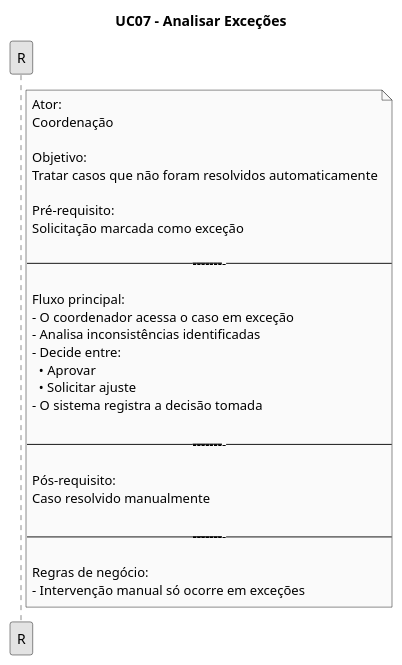
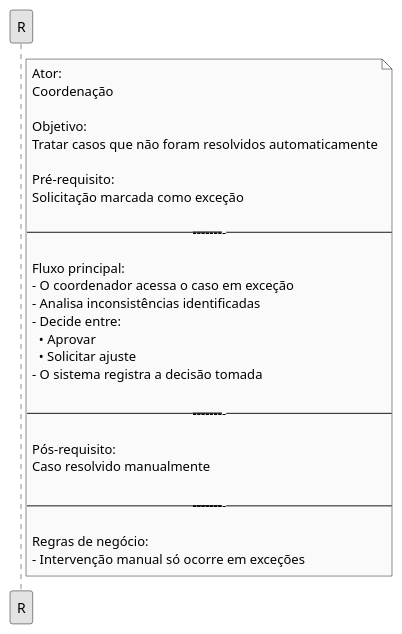
Before and after one commit to Projetos-de-Extensao/PBE_26.1_8001_VII: the seventh of 10 diagrams in docs/Iniciacao/prototipo_baixa_fidelidade.md, drawn with PlantUML. The commit also changed other lines of this file, not shown here.

````diff
--- a/docs/Iniciacao/prototipo_baixa_fidelidade.md
+++ b/docs/Iniciacao/prototipo_baixa_fidelidade.md
@@ -285,41 +283,41 @@
 ```puml
 @startuml
-title UC07 – Analisar Exceções
+
 
 skinparam monochrome true
 skinparam shadowing false
 
 
 note right of R
 Ator:
 Coordenação
 
 Objetivo:
 Tratar casos que não foram resolvidos automaticamente
 
 Pré-requisito:
 Solicitação marcada como exceção
 
 ----------------------------------------
 
 Fluxo principal:
 - O coordenador acessa o caso em exceção
 - Analisa inconsistências identificadas
 - Decide entre:
   • Aprovar
   • Solicitar ajuste
 - O sistema registra a decisão tomada
 
 ----------------------------------------
 
 Pós-requisito:
 Caso resolvido manualmente
 
 ----------------------------------------
 
 Regras de negócio:
 - Intervenção manual só ocorre em exceções
 end note
 
 @enduml
 ```
````
